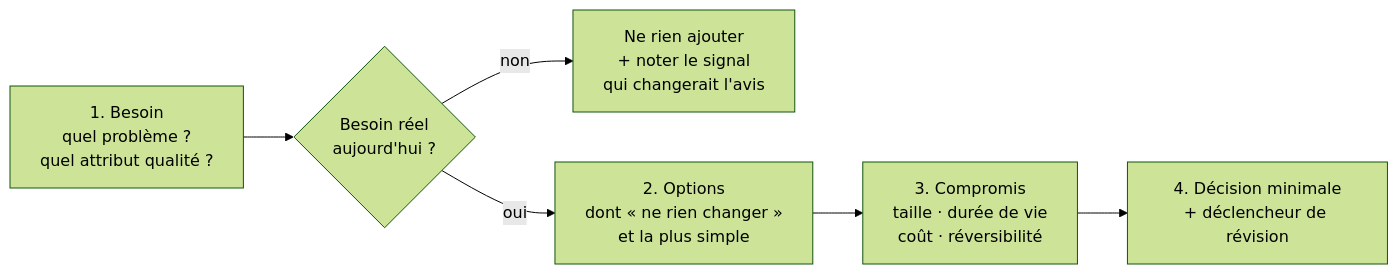
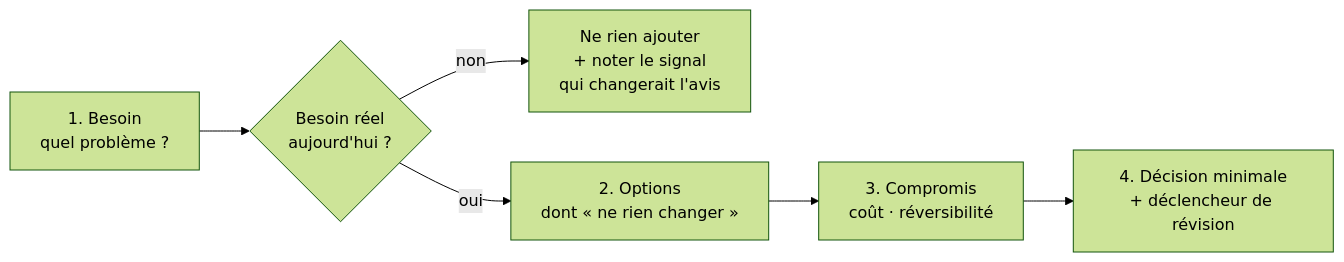
The fourth of 4 diagrams in docs/PLAN.md (PatayEnCroute/Harness), drawn with Mermaid (forest theme) before and after one commit. The commit also changed other lines of this file and 1 other file, not shown here.

First line of the commit message:
PLAN simplifié : workflow avant l'architecture, redites avec le README et le code retirées

````diff
--- a/docs/PLAN.md
+++ b/docs/PLAN.md
@@ -223,8 +223,8 @@
 ```mermaid
 flowchart LR
-  B["1. Besoin<br/>quel problème ?<br/>quel attribut qualité ?"] --> Q{"Besoin réel<br/>aujourd'hui ?"}
+  B["1. Besoin<br/>quel problème ?"] --> Q{"Besoin réel<br/>aujourd'hui ?"}
   Q -->|non| N["Ne rien ajouter<br/>+ noter le signal<br/>qui changerait l'avis"]
-  Q -->|oui| O["2. Options<br/>dont « ne rien changer »<br/>et la plus simple"]
-  O --> T["3. Compromis<br/>taille · durée de vie<br/>coût · réversibilité"]
+  Q -->|oui| O["2. Options<br/>dont « ne rien changer »"]
+  O --> T["3. Compromis<br/>coût · réversibilité"]
   T --> D["4. Décision minimale<br/>+ déclencheur de révision"]
 ```
````
